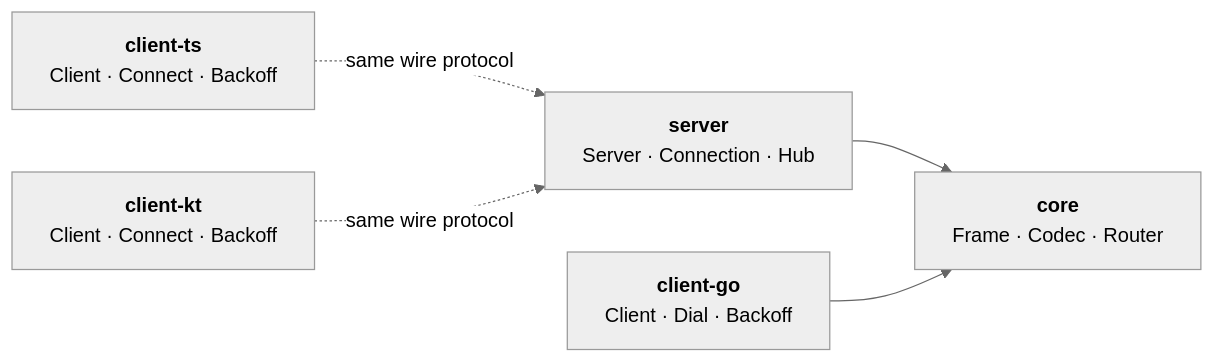
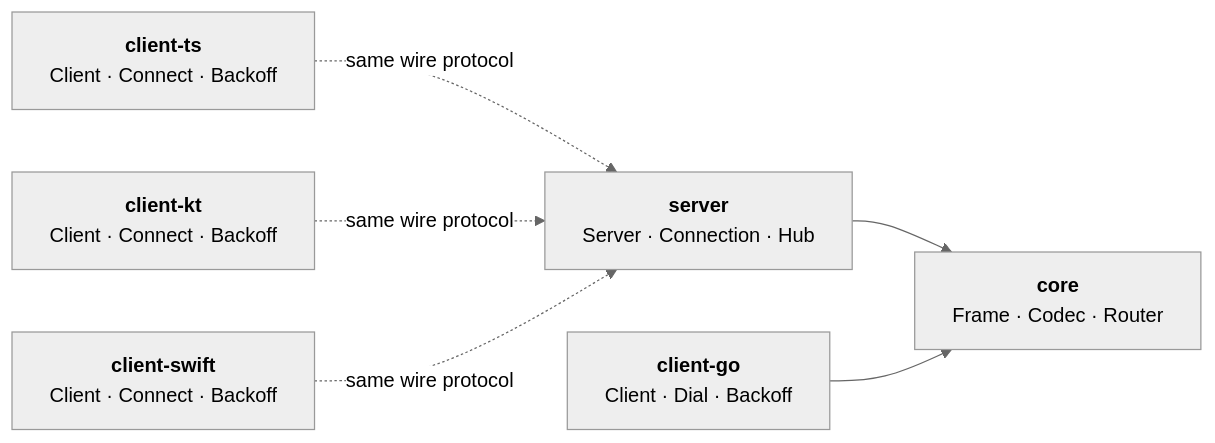
The diagram in profile/README.md (wspulse/.github), drawn with Mermaid (neutral theme) before and after one commit. The commit also changed other lines of this file, not shown here.

Commit message:
doc: add client-swift to org profile and update versions

````diff
--- a/profile/README.md
+++ b/profile/README.md
@@ -7,12 +7,14 @@
 ```mermaid
 graph LR
     core["<b>core</b><br/>Frame · Codec · Router"]
     server["<b>server</b><br/>Server · Connection · Hub"]
     client-go["<b>client-go</b><br/>Client · Dial · Backoff"]
     client-ts["<b>client-ts</b><br/>Client · Connect · Backoff"]
     client-kt["<b>client-kt</b><br/>Client · Connect · Backoff"]
+    client-swift["<b>client-swift</b><br/>Client · Connect · Backoff"]
     server --> core
     client-go --> core
     client-ts -. "same wire protocol" .-> server
     client-kt -. "same wire protocol" .-> server
+    client-swift -. "same wire protocol" .-> server
 ```
````
